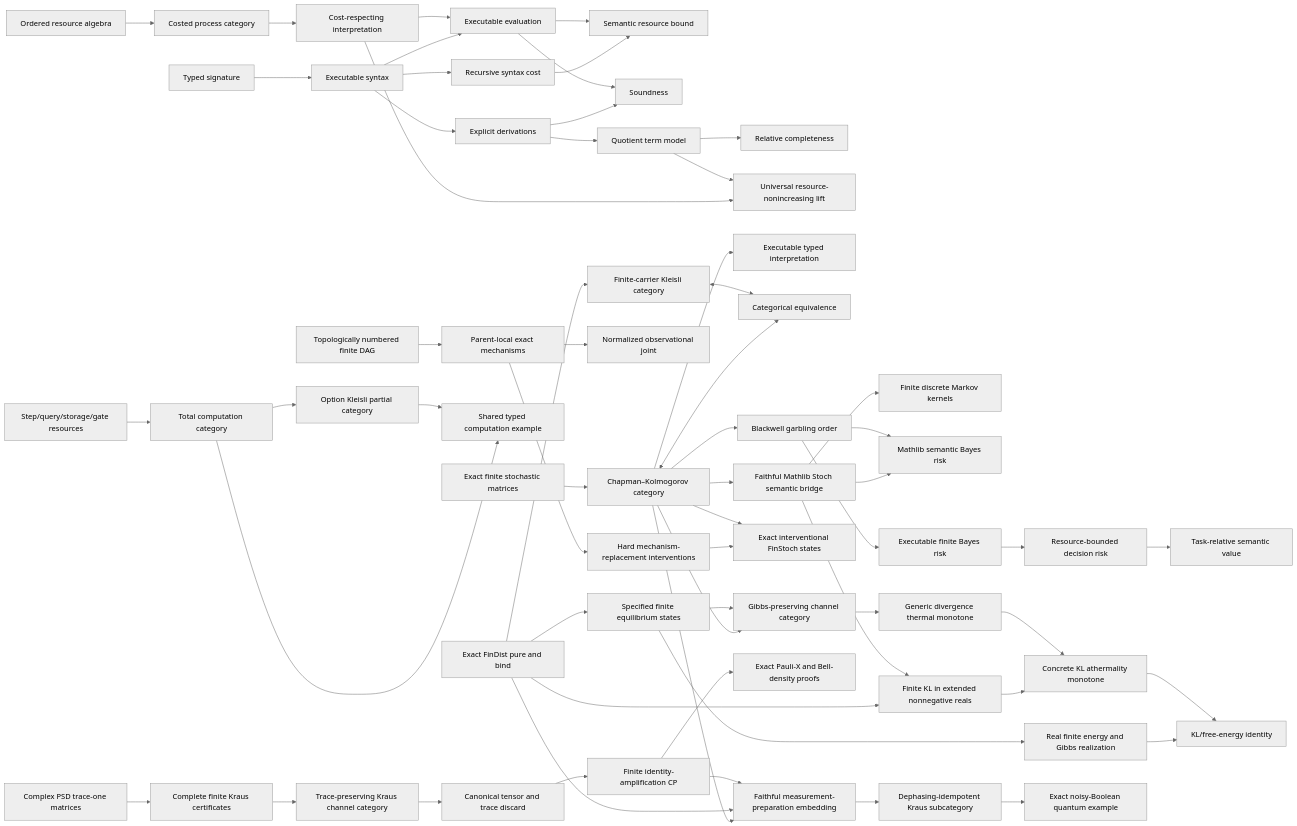
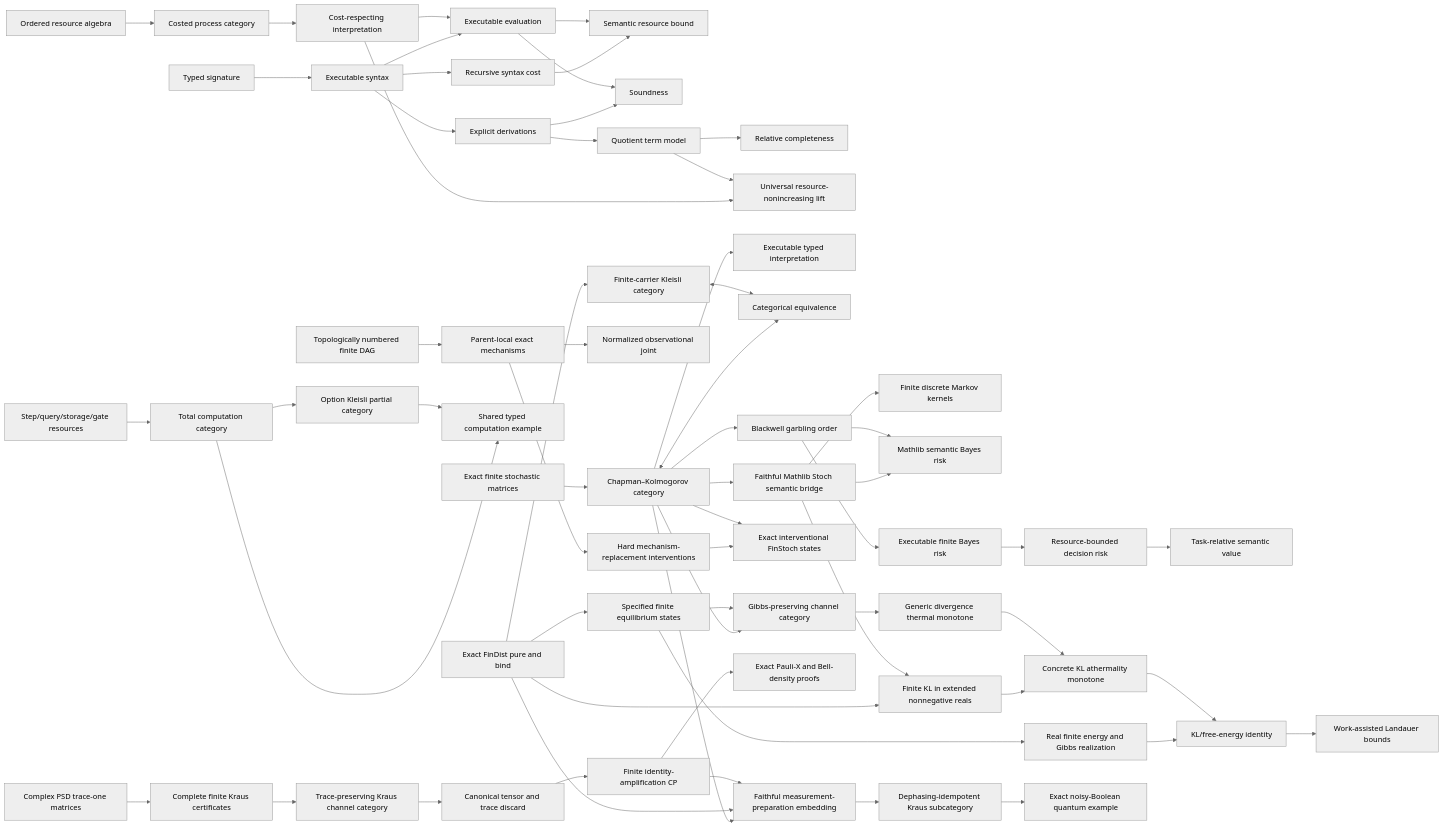
One commit to miuchan/ript changed the diagram in README.md. Above: the diagram before and after it, drawn with Mermaid (neutral theme). The commit also changed other lines of this file and 13 other files, not shown here.

Commit message:
Prove finite Landauer work bound

````diff
--- a/README.md
+++ b/README.md
@@ -1039,61 +1066,62 @@
 ```mermaid
 flowchart LR
   R["Ordered resource algebra"] --> C["Costed process category"]
   S["Typed signature"] --> X["Executable syntax"]
   X --> K["Recursive syntax cost"]
   C --> I["Cost-respecting interpretation"]
   X --> E["Executable evaluation"]
   I --> E
   K --> B["Semantic resource bound"]
   E --> B
   X --> D["Explicit derivations"]
   D --> SO["Soundness"]
   E --> SO
   D --> T["Quotient term model"]
   T --> CO["Relative completeness"]
   I --> U["Universal resource-nonincreasing lift"]
   T --> U
   F["Exact finite stochastic matrices"] --> CK["Chapman–Kolmogorov category"]
   CK --> EX["Executable typed interpretation"]
   FD["Exact FinDist pure and bind"] --> KL["Finite-carrier Kleisli category"]
   CK <--> EQ["Categorical equivalence"]
   KL <--> EQ
   CK --> ST["Faithful Mathlib Stoch semantic bridge"]
   ST --> MT["Finite discrete Markov kernels"]
   CK --> BW["Blackwell garbling order"]
   ST --> SB["Mathlib semantic Bayes risk"]
   BW --> FR["Executable finite Bayes risk"]
   FR --> RR["Resource-bounded decision risk"]
   RR --> SV["Task-relative semantic value"]
   BW --> SB
   CR["Step/query/storage/gate resources"] --> TC["Total computation category"]
   TC --> PC["Option Kleisli partial category"]
   TC --> CE["Shared typed computation example"]
   PC --> CE
   DAG["Topologically numbered finite DAG"] --> CM["Parent-local exact mechanisms"]
   CM --> IJ["Normalized observational joint"]
   CM --> DO["Hard mechanism-replacement interventions"]
   DO --> IS["Exact interventional FinStoch states"]
   CK --> IS
   FD --> TE["Specified finite equilibrium states"]
   CK --> GP["Gibbs-preserving channel category"]
   TE --> GP
   GP --> TM["Generic divergence thermal monotone"]
   FD --> FKL["Finite KL in extended nonnegative reals"]
   ST --> FKL
   FKL --> KTM["Concrete KL athermality monotone"]
   TM --> KTM
   TE --> GD["Real finite energy and Gibbs realization"]
   GD --> FE["KL/free-energy identity"]
   KTM --> FE
+  FE --> LW["Work-assisted Landauer bounds"]
   QB["Complex PSD trace-one matrices"] --> QK["Complete finite Kraus certificates"]
   QK --> QC["Trace-preserving Kraus channel category"]
   QC --> QT["Canonical tensor and trace discard"]
   QT --> QP["Finite identity-amplification CP"]
   QP --> QX["Exact Pauli-X and Bell-density proofs"]
   CK --> CQ["Faithful measurement-preparation embedding"]
   FD --> CQ
   QP --> CQ
   CQ --> CD["Dephasing-idempotent Kraus subcategory"]
   CD --> CX["Exact noisy-Boolean quantum example"]
 ```
````
